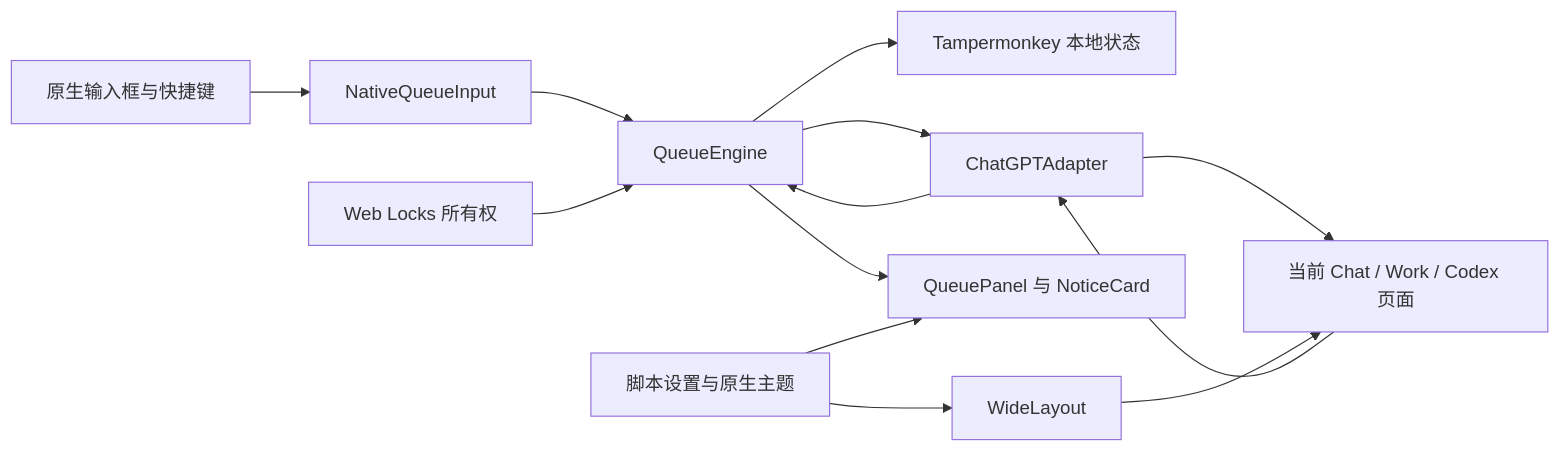
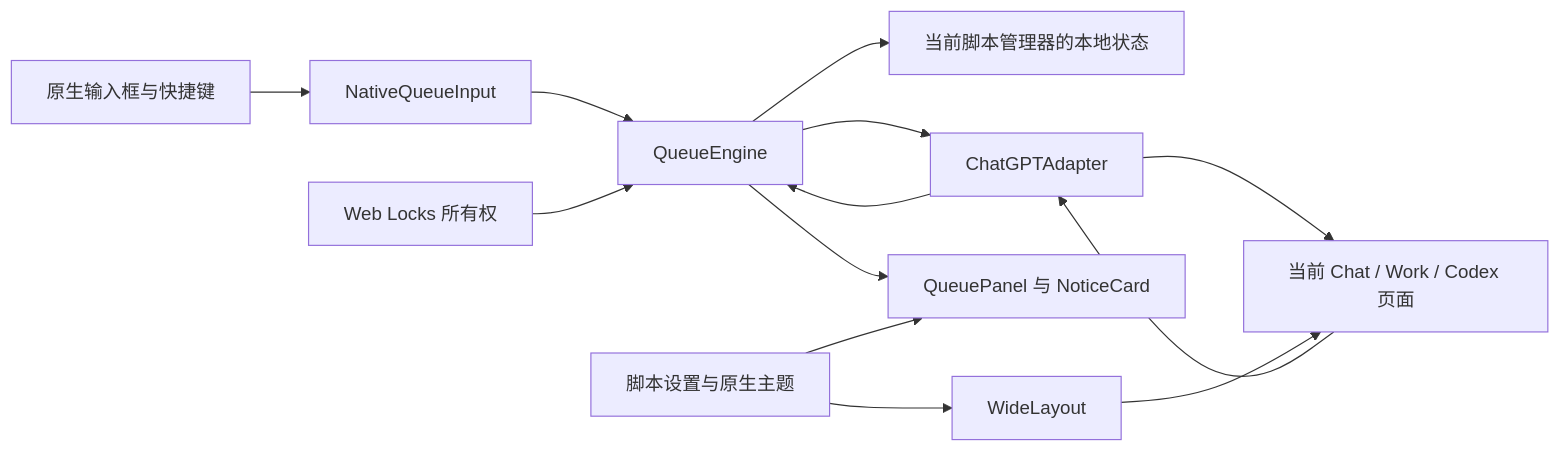
The diagram in firefox-chatgpt-toolkit/docs/architecture.md (EiraWalker/Automation-Tools), drawn with Mermaid before and after one commit. The commit also changed other lines of this file and 61 other files, not shown here.

````diff
--- a/firefox-chatgpt-toolkit/docs/architecture.md
+++ b/firefox-chatgpt-toolkit/docs/architecture.md
@@ -11,15 +13,15 @@
 ```mermaid
 flowchart LR
   Input[原生输入框与快捷键] --> Capture[NativeQueueInput]
   Capture --> Engine[QueueEngine]
-  Engine --> GM[Tampermonkey 本地状态]
+  Engine --> GM[当前脚本管理器的本地状态]
   Engine --> Adapter[ChatGPTAdapter]
   Adapter --> Page[当前 Chat / Work / Codex 页面]
   Page --> Adapter
   Adapter --> Engine
   Engine --> Panel[QueuePanel 与 NoticeCard]
   Locks[Web Locks 所有权] --> Engine
   Settings[脚本设置与原生主题] --> Panel
   Settings --> Width[WideLayout]
   Width --> Page
 ```
````
